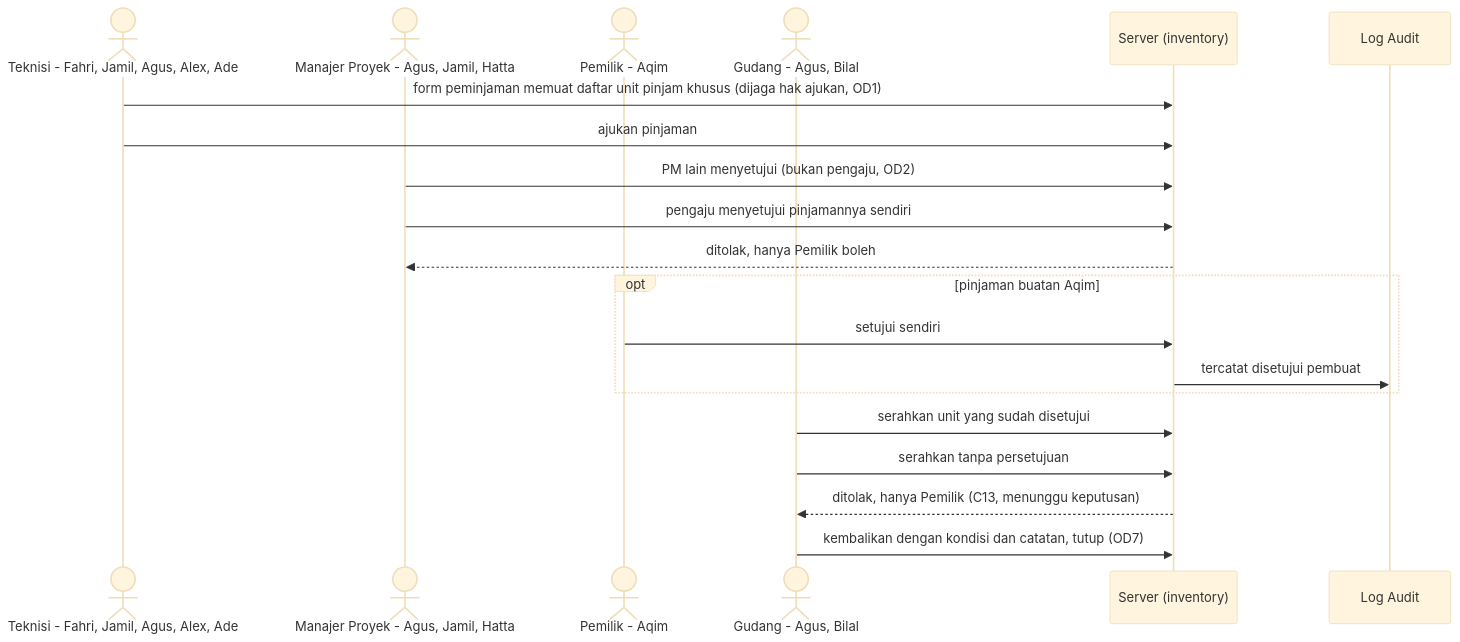
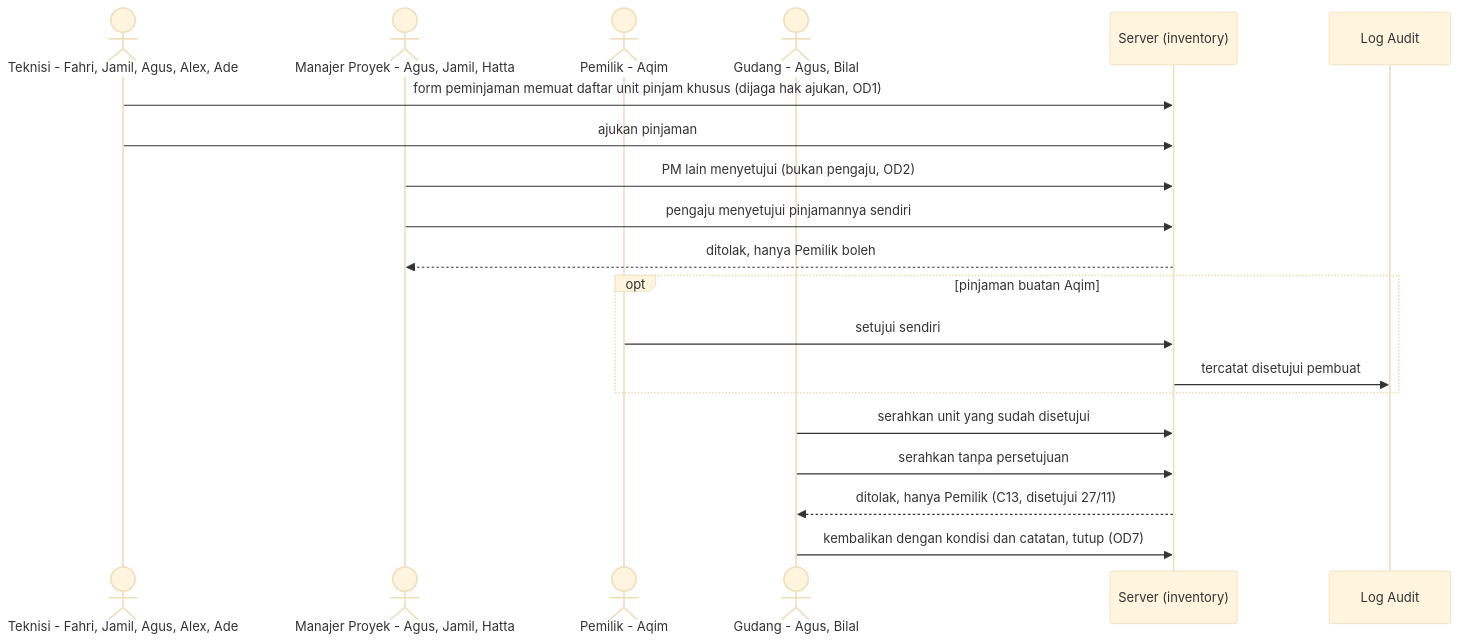
Before and after one commit to okifirsyah404/ims-erp: diagram 20 of 22 in docs/adjustment/diagram-alur/sekarang-vs-sesudah.md, drawn with Mermaid (base theme). The commit also changed other lines of this file and 27 other files, not shown here.

````diff
--- a/docs/adjustment/diagram-alur/sekarang-vs-sesudah.md
+++ b/docs/adjustment/diagram-alur/sekarang-vs-sesudah.md
@@ -811,23 +810,23 @@
 ```mermaid
 sequenceDiagram
     actor T as Teknisi - Fahri, Jamil, Agus, Alex, Ade
     actor PM as Manajer Proyek - Agus, Jamil, Hatta
     actor W as Pemilik - Aqim
     actor G as Gudang - Agus, Bilal
     participant SV as Server (inventory)
     participant AU as Log Audit
 
     T->>SV: form peminjaman memuat daftar unit pinjam khusus (dijaga hak ajukan, OD1)
     T->>SV: ajukan pinjaman
     PM->>SV: PM lain menyetujui (bukan pengaju, OD2)
     PM->>SV: pengaju menyetujui pinjamannya sendiri
     SV-->>PM: ditolak, hanya Pemilik boleh
     opt pinjaman buatan Aqim
         W->>SV: setujui sendiri
         SV->>AU: tercatat disetujui pembuat
     end
     G->>SV: serahkan unit yang sudah disetujui
     G->>SV: serahkan tanpa persetujuan
-    SV-->>G: ditolak, hanya Pemilik (C13, menunggu keputusan)
+    SV-->>G: ditolak, hanya Pemilik (C13, disetujui 27/11)
     G->>SV: kembalikan dengan kondisi dan catatan, tutup (OD7)
 ```
````
